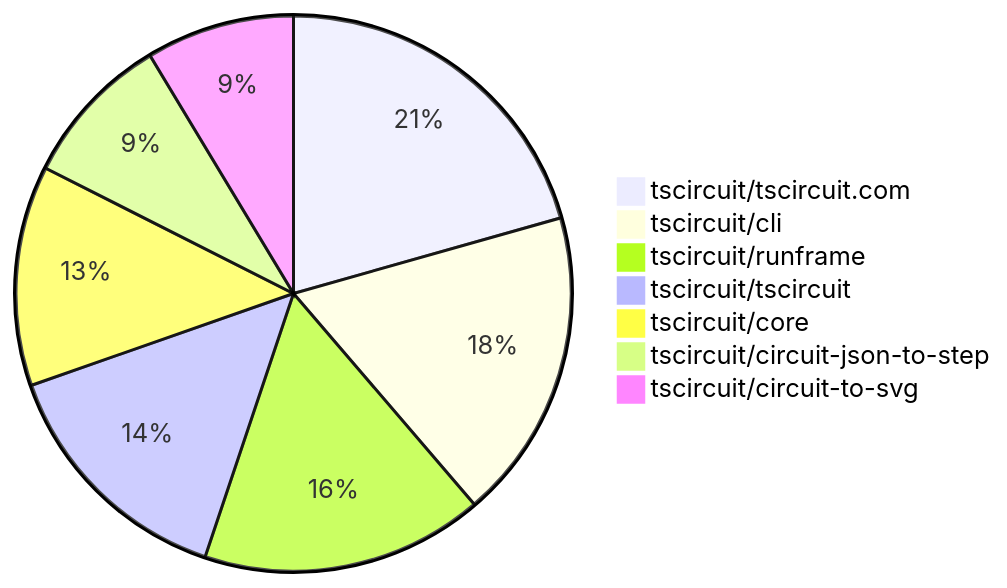
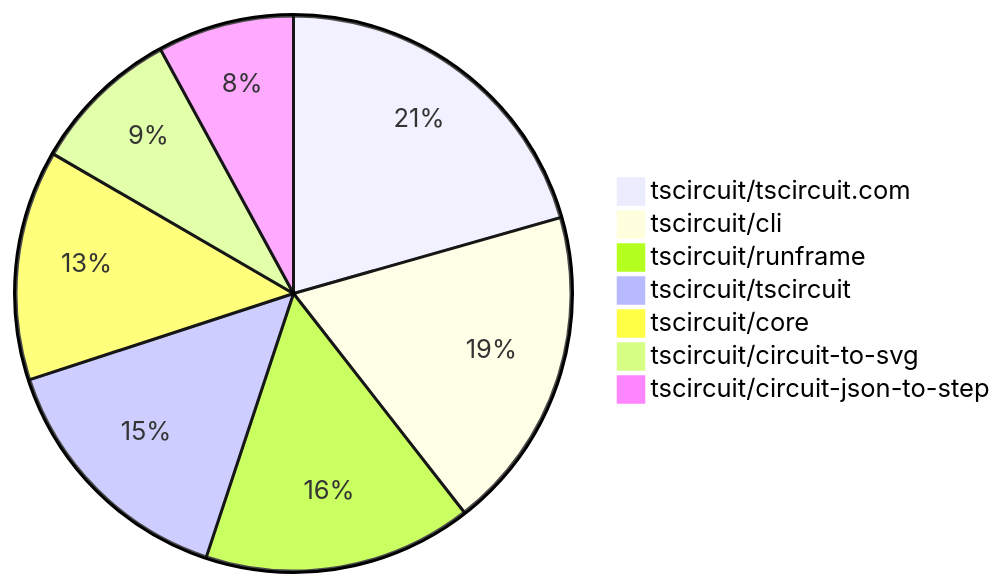
Before and after one commit to tscircuit/contribution-tracker: the second of 2 diagrams in README.md, drawn with Mermaid. The commit also changed other lines of this file and 3 other files, not shown here.

````diff
--- a/README.md
+++ b/README.md
@@ -136,10 +138,10 @@
 ```mermaid
 pie
-    "tscircuit/tscircuit.com" : 74
-    "tscircuit/cli" : 65
-    "tscircuit/runframe" : 59
-    "tscircuit/tscircuit" : 52
-    "tscircuit/core" : 46
+    "tscircuit/tscircuit.com" : 83
+    "tscircuit/cli" : 76
+    "tscircuit/runframe" : 63
+    "tscircuit/tscircuit" : 60
+    "tscircuit/core" : 54
+    "tscircuit/circuit-to-svg" : 35
     "tscircuit/circuit-json-to-step" : 32
-    "tscircuit/circuit-to-svg" : 31
 ```
````
